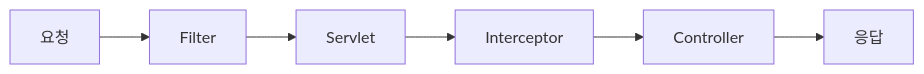
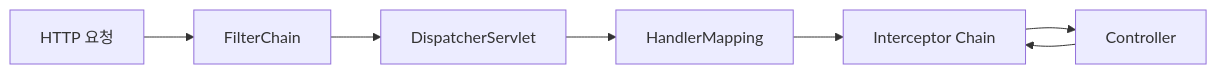
The first of 4 diagrams in _posts/spring/2026-05-02-spring-interceptor.md (yjkim2015/yjkim2015.github.io), drawn with Mermaid before and after one commit. The commit also changed other lines of this file and 4 other files, not shown here.

````diff
--- a/_posts/spring/2026-05-02-spring-interceptor.md
+++ b/_posts/spring/2026-05-02-spring-interceptor.md
@@ -127,8 +361,9 @@
 ```mermaid
 graph LR
-    A[요청] --> B[Filter]
-    B --> C[Servlet]
-    C --> D[Interceptor]
-    D --> E[Controller]
-    E --> F[응답]
+    A[HTTP 요청] --> B[FilterChain]
+    B --> C[DispatcherServlet]
+    C --> D[HandlerMapping]
+    D --> E[Interceptor Chain]
+    E --> F[Controller]
+    F --> E
 ```
````
